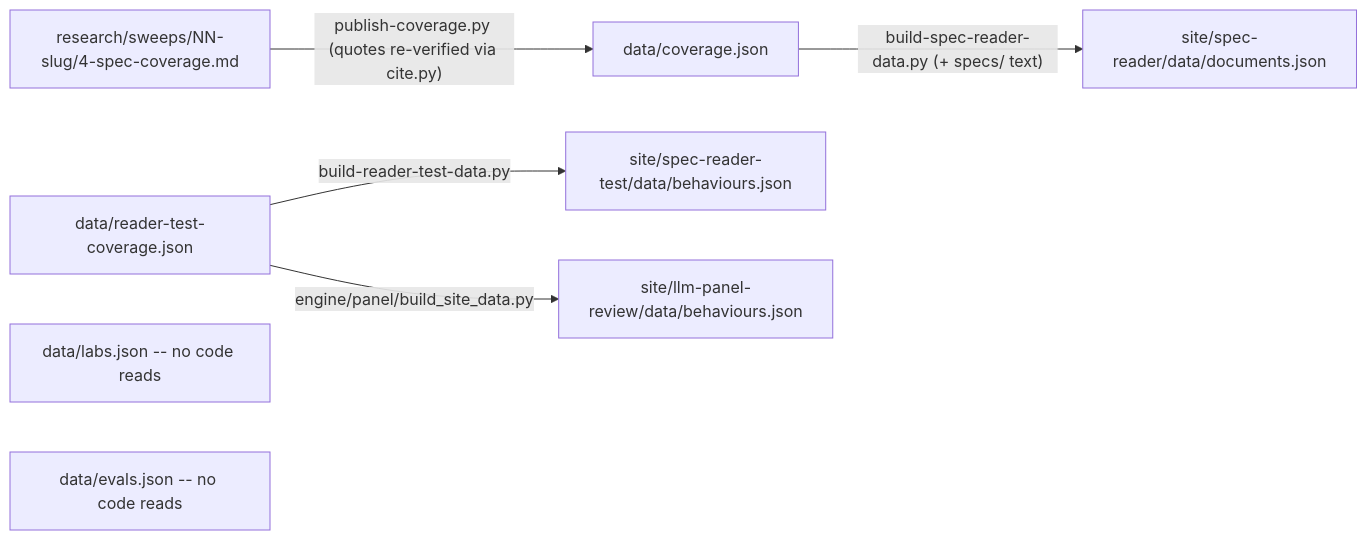
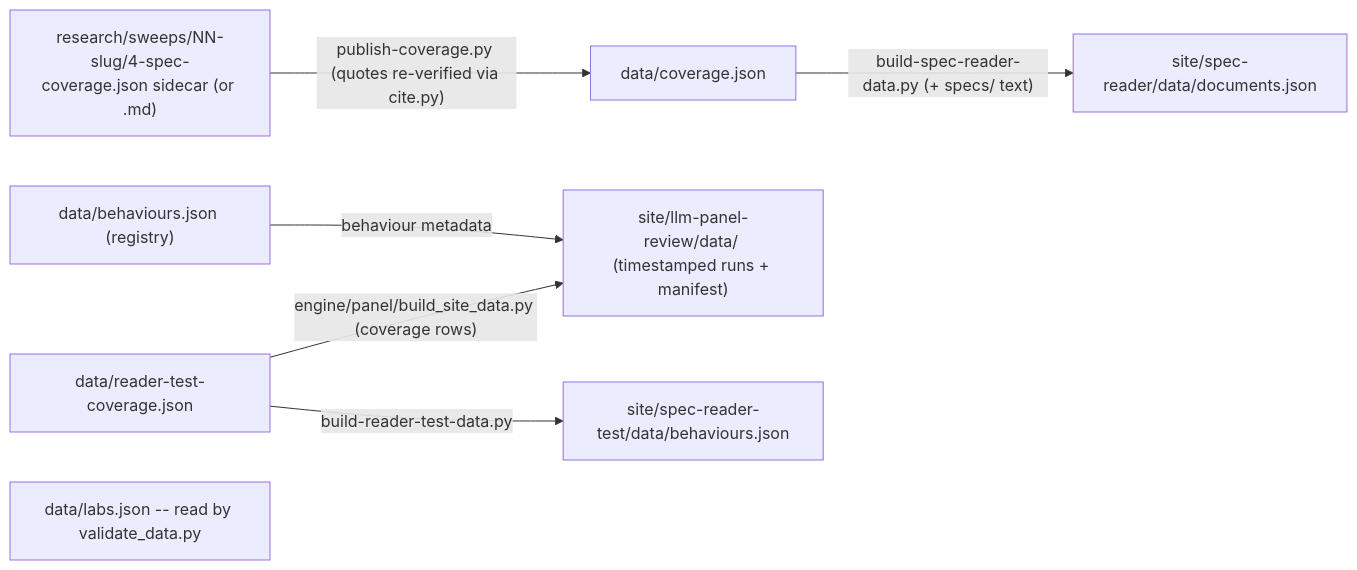
The diagram in data/OVERVIEW.md (AndresCotton/ai-character-index), drawn with Mermaid before and after one commit. The commit also changed other lines of this file and 6 other files, not shown here.

````diff
--- a/data/OVERVIEW.md
+++ b/data/OVERVIEW.md
@@ -21,9 +21,9 @@
 ```mermaid
 graph LR
-  sweep["research/sweeps/NN-slug/4-spec-coverage.md"] -->|"publish-coverage.py (quotes re-verified via cite.py)"| cov["data/coverage.json"]
+  sweep["research/sweeps/NN-slug/4-spec-coverage.json sidecar (or .md)"] -->|"publish-coverage.py (quotes re-verified via cite.py)"| cov["data/coverage.json"]
   cov -->|"build-spec-reader-data.py (+ specs/ text)"| docs["site/spec-reader/data/documents.json"]
+  reg["data/behaviours.json (registry)"] -->|"behaviour metadata"| panel
   rtc["data/reader-test-coverage.json"] -->|"build-reader-test-data.py"| bench["site/spec-reader-test/data/behaviours.json"]
-  rtc -->|"engine/panel/build_site_data.py"| panel["site/llm-panel-review/data/behaviours.json"]
-  labs["data/labs.json -- no code reads"]
-  evals["data/evals.json -- no code reads"]
+  rtc -->|"engine/panel/build_site_data.py (coverage rows)"| panel["site/llm-panel-review/data/ (timestamped runs + manifest)"]
+  labs["data/labs.json -- read by validate_data.py"]
 ```
````
